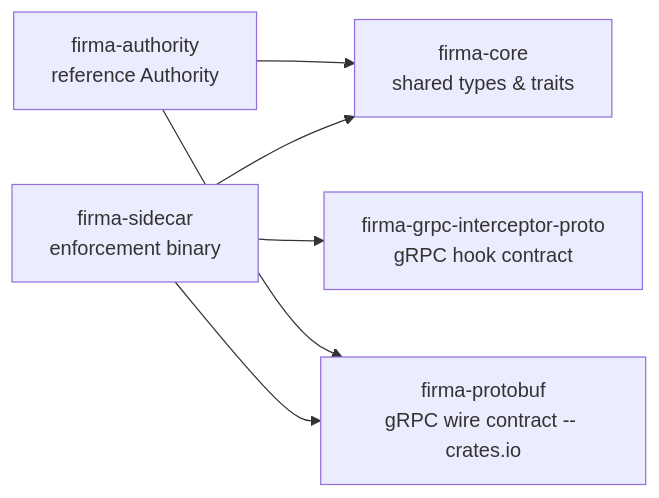
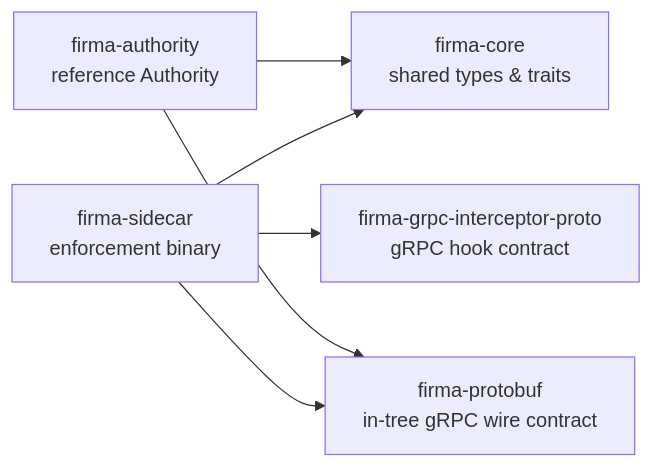
The first of 10 diagrams in docs/architecture/sidecar-overview.md (Firma-AI/openfirma), drawn with Mermaid before and after one commit. The commit also changed other lines of this file and 154 other files, not shown here.

````diff
--- a/docs/architecture/sidecar-overview.md
+++ b/docs/architecture/sidecar-overview.md
@@ -30,14 +30,14 @@
 ```mermaid
 graph LR
     core[firma-core<br/>shared types & traits]
-    proto[firma-protobuf<br/>gRPC wire contract -- crates.io]
+    proto[firma-protobuf<br/>in-tree gRPC wire contract]
     grpcproto[firma-grpc-interceptor-proto<br/>gRPC hook contract]
     sidecar[firma-sidecar<br/>enforcement binary]
     authority[firma-authority<br/>reference Authority]
 
     sidecar --> core
     sidecar --> proto
     sidecar --> grpcproto
     authority --> core
     authority --> proto
 ```
````
